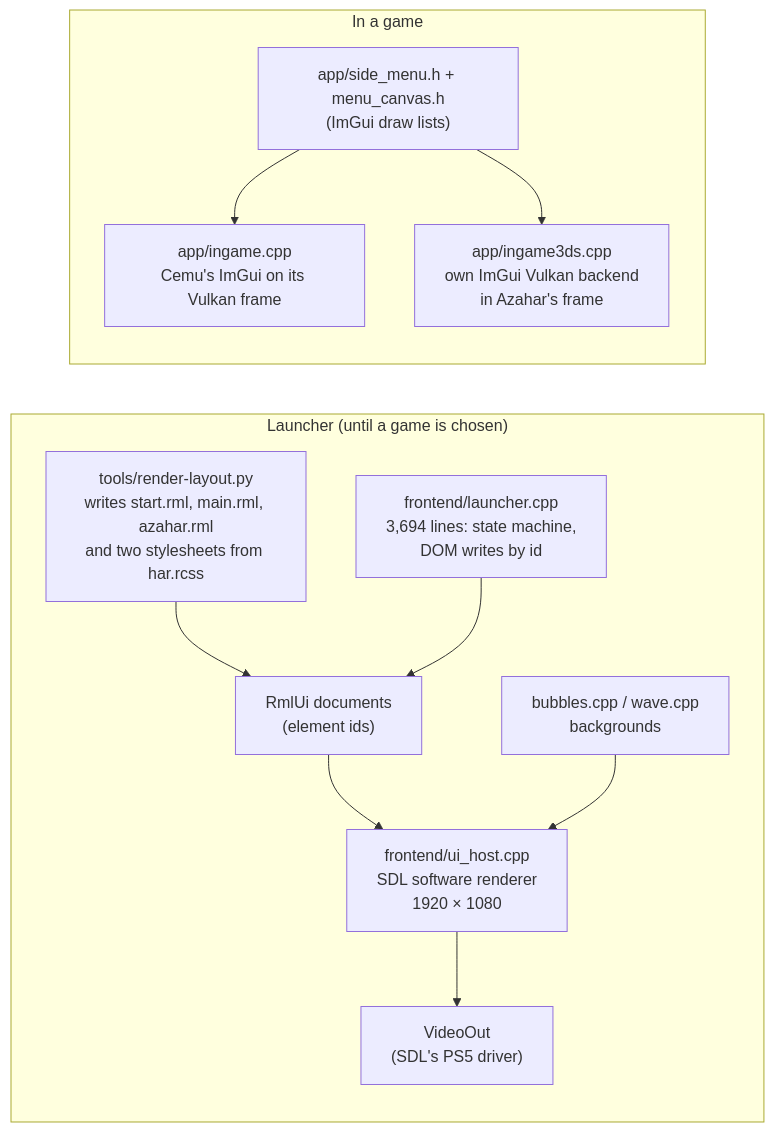
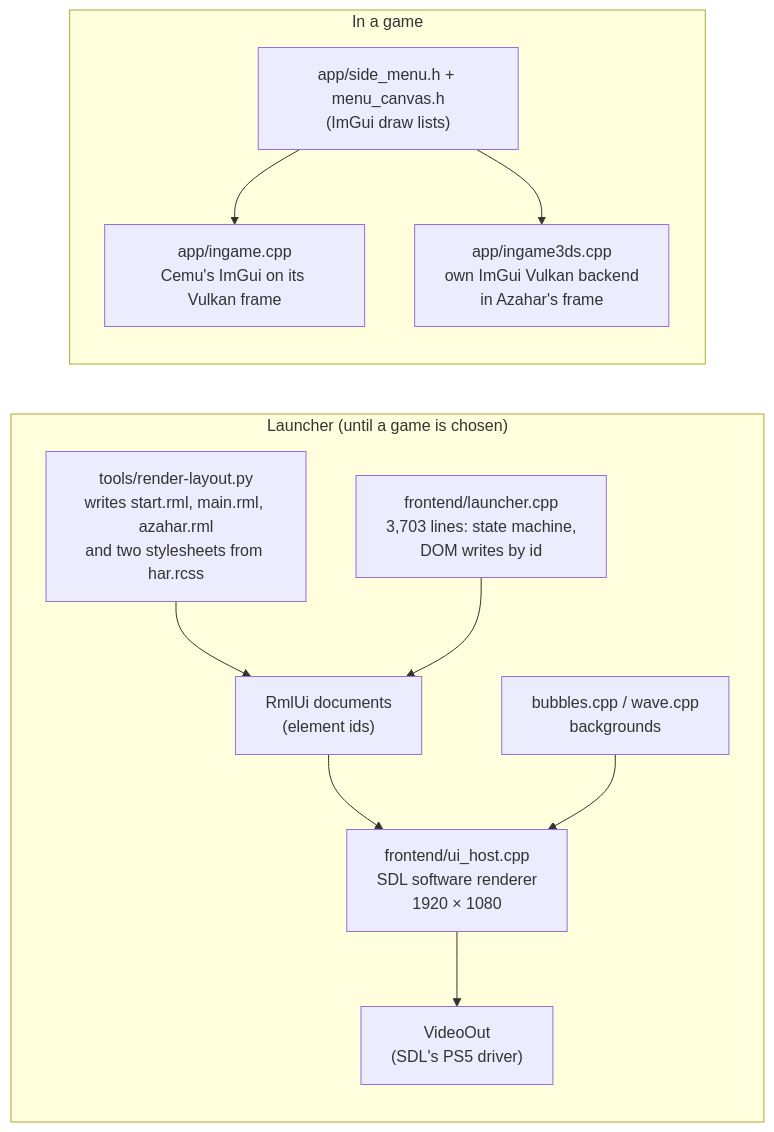
One commit to MartinPham/PS5CEMU-HAR changed the first of 2 diagrams in docs/UI-REDESIGN.md. Above: the diagram before and after it, drawn with Mermaid. The commit also changed other lines of this file and 1 other file, not shown here.

````diff
--- a/docs/UI-REDESIGN.md
+++ b/docs/UI-REDESIGN.md
@@ -79,14 +79,14 @@
 ```mermaid
 flowchart LR
     subgraph Launcher["Launcher (until a game is chosen)"]
         RL["tools/render-layout.py<br/>writes start.rml, main.rml, azahar.rml<br/>and two stylesheets from har.rcss"] --> RML["RmlUi documents<br/>(element ids)"]
-        LC["frontend/launcher.cpp<br/>3,694 lines: state machine,<br/>DOM writes by id"] --> RML
+        LC["frontend/launcher.cpp<br/>3,703 lines: state machine,<br/>DOM writes by id"] --> RML
         RML --> HOST["frontend/ui_host.cpp<br/>SDL software renderer<br/>1920 × 1080"]
         BG["bubbles.cpp / wave.cpp<br/>backgrounds"] --> HOST
         HOST --> VO["VideoOut<br/>(SDL's PS5 driver)"]
     end
     subgraph Ingame["In a game"]
         SM["app/side_menu.h + menu_canvas.h<br/>(ImGui draw lists)"] --> IG1["app/ingame.cpp<br/>Cemu's ImGui on its Vulkan frame"]
         SM --> IG3["app/ingame3ds.cpp<br/>own ImGui Vulkan backend<br/>in Azahar's frame"]
     end
 ```
````
